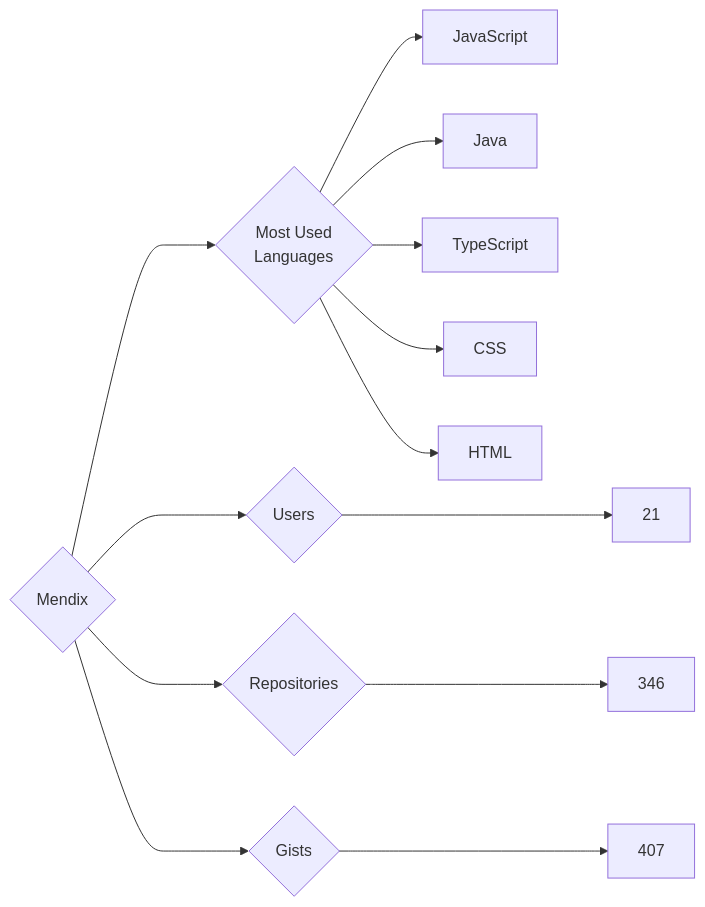
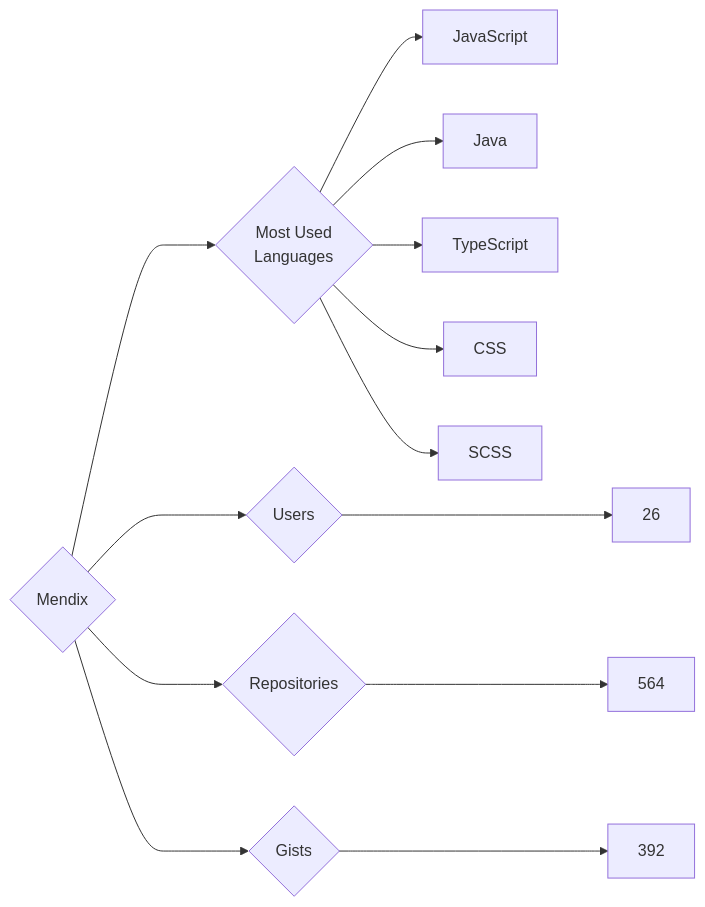
Before and after one commit to trickest/insiders: the diagram in targets/Mendix/README.md, drawn with Mermaid. The commit also changed 833 other files, not shown here.

````diff
--- a/targets/Mendix/README.md
+++ b/targets/Mendix/README.md
@@ -3,13 +3,13 @@
 ```mermaid
 graph LR
 COMPANY_NAME{Mendix}
-COMPANY_NAME ---> U{Users} ---> UN[21]
-COMPANY_NAME ---> R{Repositories} ---> RN[346]
-COMPANY_NAME ---> G{Gists} ---> GN[407]
+COMPANY_NAME ---> U{Users} ---> UN[26]
+COMPANY_NAME ---> R{Repositories} ---> RN[564]
+COMPANY_NAME ---> G{Gists} ---> GN[392]
 COMPANY_NAME ---> ML{Most Used<br>Languages}
 ML --> JavaScript[JavaScript]
 ML --> Java[Java]
 ML --> TypeScript[TypeScript]
 ML --> CSS[CSS]
-ML --> HTML[HTML]
+ML --> SCSS[SCSS]
 ```
````
